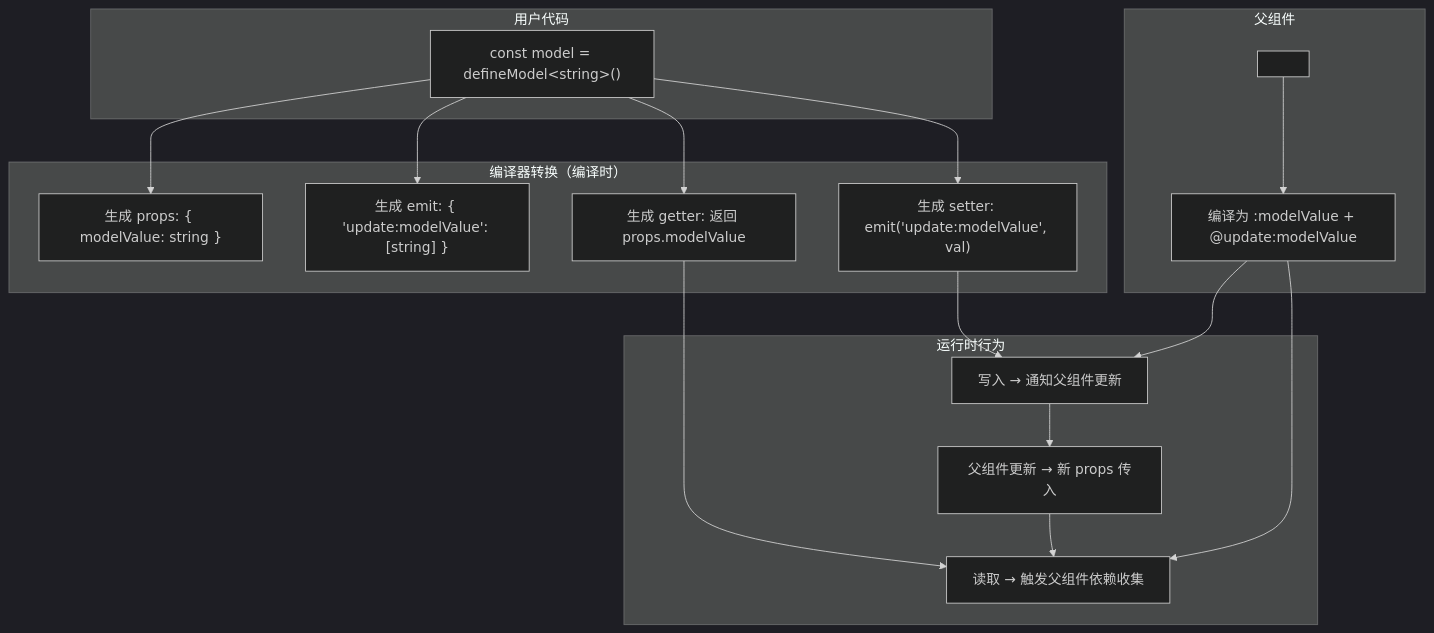
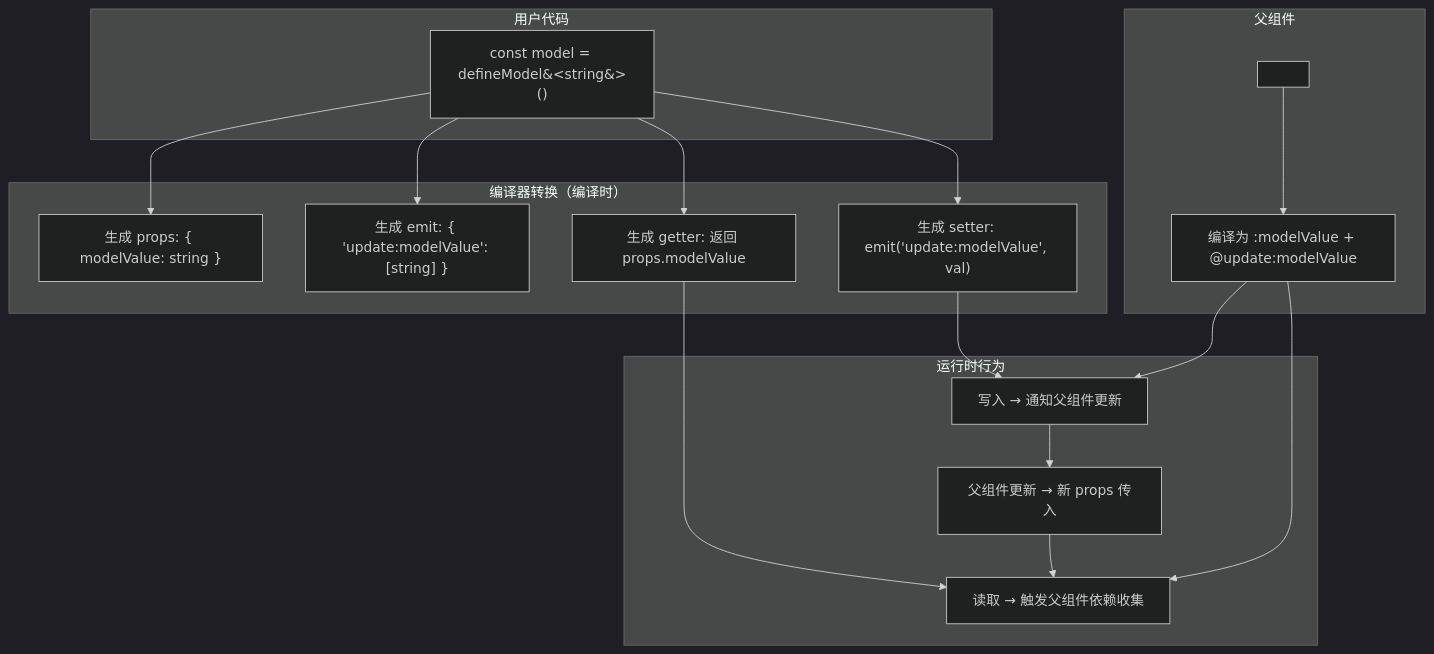
Before and after one commit to zhangzhengyang27/tech-codex: the eighth of 13 diagrams in docs/04-前端/06-vue3/01-vue3文档/01-核心基础/12-组件通信机制.md, drawn with Mermaid (dark theme). The commit also changed other lines of this file and 195 other files, not shown here.

````diff
--- a/docs/04-前端/06-vue3/01-vue3文档/01-核心基础/12-组件通信机制.md
+++ b/docs/04-前端/06-vue3/01-vue3文档/01-核心基础/12-组件通信机制.md
@@ -1076,26 +1076,26 @@
 ```mermaid
 flowchart TD
     subgraph "用户代码"
-        A["const model = defineModel&lt;string&gt;()"]
+        A["const model = defineModel&#60;string&#62;()"]
     end
 
     subgraph "编译器转换（编译时）"
         A --> B["生成 props: { modelValue: string }"]
         A --> C["生成 emit: { 'update:modelValue': [string] }"]
         A --> D["生成 getter: 返回 props.modelValue"]
         A --> E["生成 setter: emit('update:modelValue', val)"]
     end
 
     subgraph "运行时行为"
         D --> F["读取 → 触发父组件依赖收集"]
         E --> G["写入 → 通知父组件更新"]
         G --> H["父组件更新 → 新 props 传入"]
         H --> F
     end
 
     subgraph "父组件"
         I["<Child v-model='text' />"] --> J["编译为 :modelValue + @update:modelValue"]
         J --> F
         J --> G
     end
 ```
````
